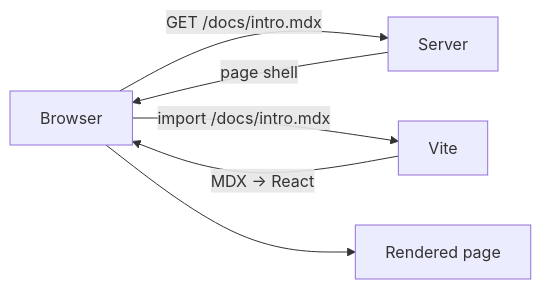
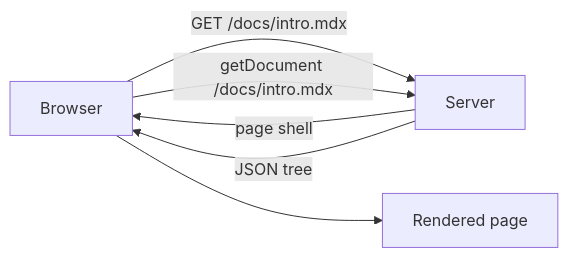
Before and after one commit to karimsa/mdxserve: the first of 2 diagrams in example/01-markdown.md, drawn with Mermaid. The commit also changed other lines of this file and 67 other files, not shown here.

First line of the commit message:
feat: Ship a prebuilt client and remove Vite from the server (#57)

````diff
--- a/example/01-markdown.md
+++ b/example/01-markdown.md
@@ -177,8 +177,8 @@
 ```mermaid
 flowchart LR
   Browser -->|GET /docs/intro.mdx| Server
   Server -->|page shell| Browser
-  Browser -->|import /docs/intro.mdx| Vite
-  Vite -->|MDX → React| Browser
+  Browser -->|getDocument /docs/intro.mdx| Server
+  Server -->|JSON tree| Browser
   Browser --> Render[Rendered page]
 ```
````
